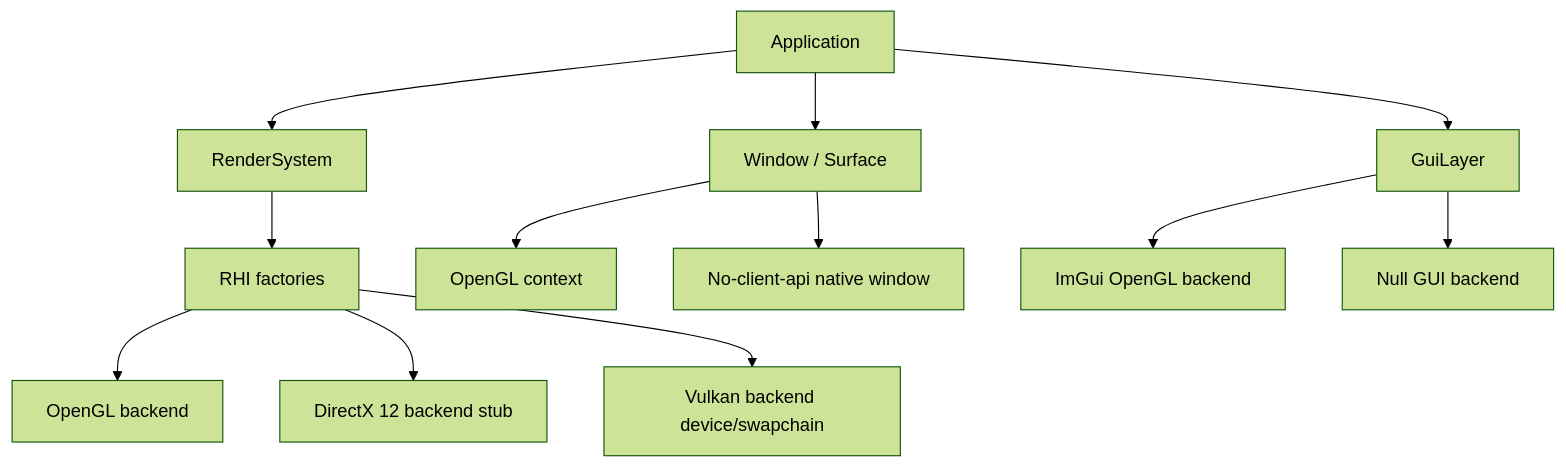
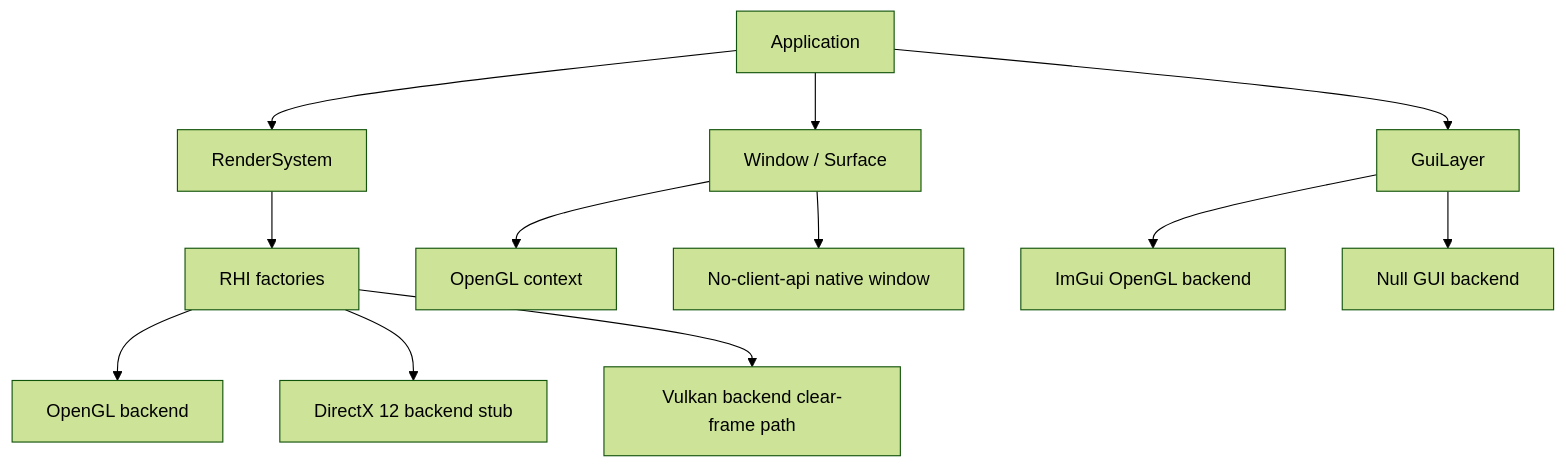
The diagram in docs/rendering-backends.md (1716285375/Zgine), drawn with Mermaid (forest theme) before and after one commit. The commit also changed other lines of this file and 4 other files, not shown here.

Commit message:
Update engine architecture docs

````diff
--- a/docs/rendering-backends.md
+++ b/docs/rendering-backends.md
@@ -46,17 +46,17 @@
 ```mermaid
 flowchart TD
     App["Application"] --> Window["Window / Surface"]
     App --> Gui["GuiLayer"]
     App --> RenderSystem["RenderSystem"]
 
     RenderSystem --> RHI["RHI factories"]
     RHI --> GL["OpenGL backend"]
     RHI --> DX12["DirectX 12 backend stub"]
-    RHI --> VK["Vulkan backend device/swapchain"]
+    RHI --> VK["Vulkan backend clear-frame path"]
 
     Window --> GLContext["OpenGL context"]
     Window --> NoAPI["No-client-api native window"]
 
     Gui --> ImGuiGL["ImGui OpenGL backend"]
     Gui --> NullGui["Null GUI backend"]
 ```
````
